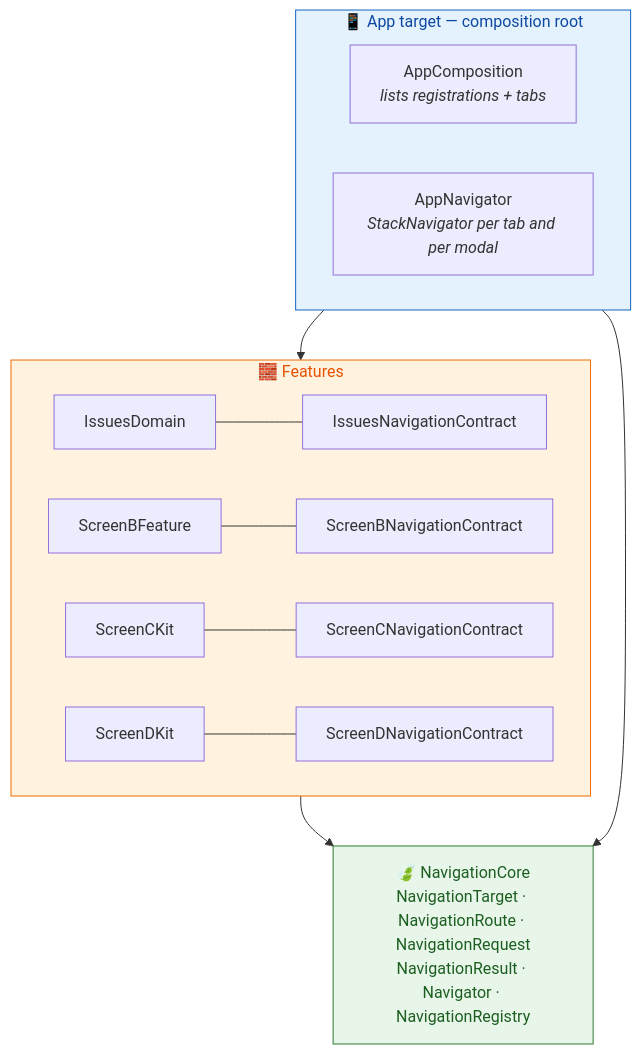
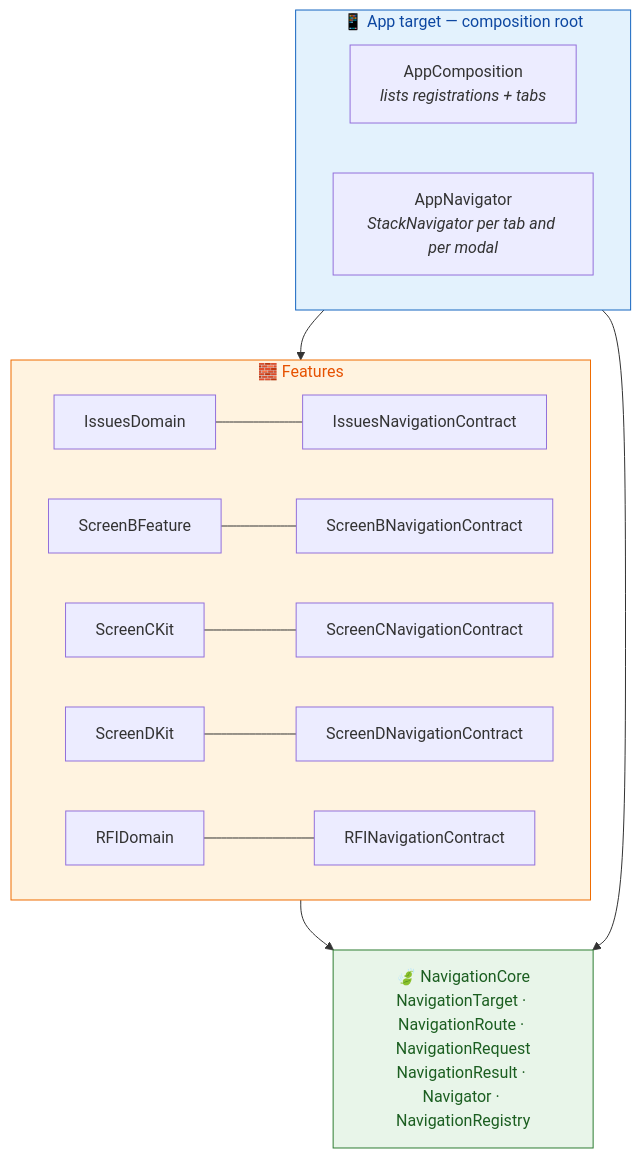
Before and after one commit to guycohenadsk/SwiftNavigator: the second of 2 diagrams in README.md, drawn with Mermaid. The commit also changed other lines of this file and 28 other files, not shown here.

````diff
--- a/README.md
+++ b/README.md
@@ -140,24 +141,25 @@
 ```mermaid
 flowchart TB
     subgraph app["📱 App target — composition root"]
         AC["AppComposition<br/><i>lists registrations + tabs</i>"]
         AN["AppNavigator<br/><i>StackNavigator per tab and per modal</i>"]
     end
 
     subgraph features["🧱 Features"]
         A["IssuesDomain"] --- AC1["IssuesNavigationContract"]
         B["ScreenBFeature"] --- BC1["ScreenBNavigationContract"]
         C["ScreenCKit"] --- CC1["ScreenCNavigationContract"]
         D["ScreenDKit"] --- DC1["ScreenDNavigationContract"]
+        R["RFIDomain"] --- RC1["RFINavigationContract"]
     end
 
     core["🍃 NavigationCore<br/>NavigationTarget · NavigationRoute · NavigationRequest<br/>NavigationResult · Navigator · NavigationRegistry"]
 
     app --> features
     features --> core
     app --> core
 
     style core fill:#e8f5e9,stroke:#2e7d32,color:#1b5e20
     style app fill:#e3f2fd,stroke:#1565c0,color:#0d47a1
     style features fill:#fff3e0,stroke:#ef6c00,color:#e65100
 ```
````
